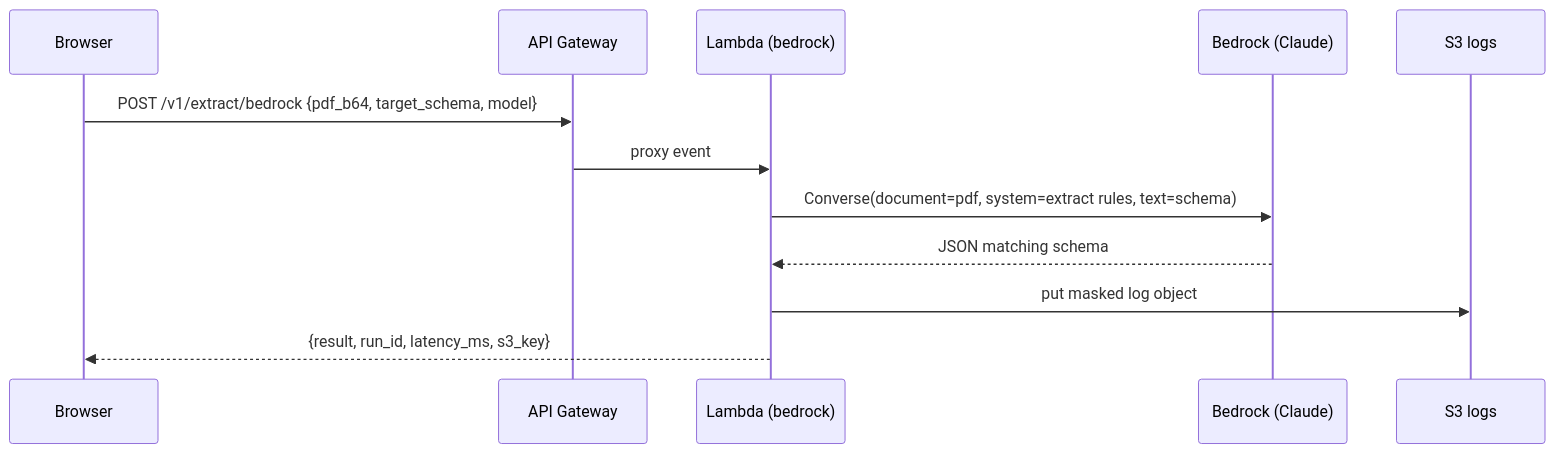
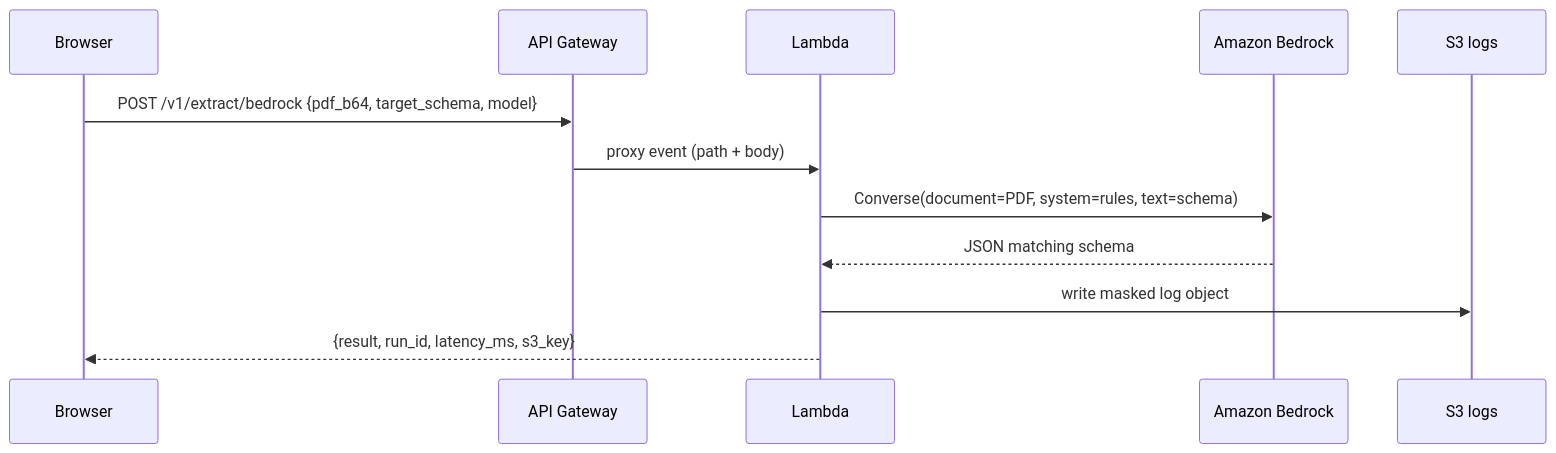
One commit to baljinder22g/IDP changed the second of 4 diagrams in docs/documentation.md. Above: the diagram before and after it, drawn with Mermaid. The commit also changed other lines of this file and 27 other files, not shown here.

````diff
--- a/docs/documentation.md
+++ b/docs/documentation.md
@@ -89,14 +237,14 @@
 ```mermaid
 sequenceDiagram
-  participant U as Browser
+  participant B as Browser
   participant G as API Gateway
-  participant L as Lambda (bedrock)
-  participant B as Bedrock (Claude)
+  participant L as Lambda
+  participant Bk as Amazon Bedrock
   participant S as S3 logs
-  U->>G: POST /v1/extract/bedrock {pdf_b64, target_schema, model}
-  G->>L: proxy event
-  L->>B: Converse(document=pdf, system=extract rules, text=schema)
-  B-->>L: JSON matching schema
-  L->>S: put masked log object
-  L-->>U: {result, run_id, latency_ms, s3_key}
+  B->>G: POST /v1/extract/bedrock {pdf_b64, target_schema, model}
+  G->>L: proxy event (path + body)
+  L->>Bk: Converse(document=PDF, system=rules, text=schema)
+  Bk-->>L: JSON matching schema
+  L->>S: write masked log object
+  L-->>B: {result, run_id, latency_ms, s3_key}
 ```
````
